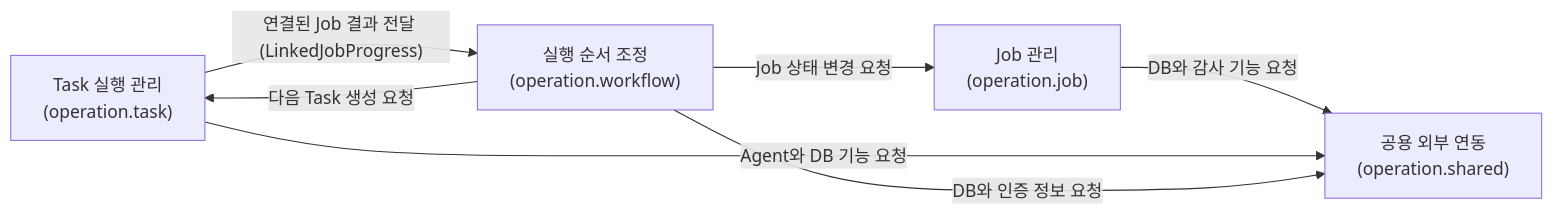
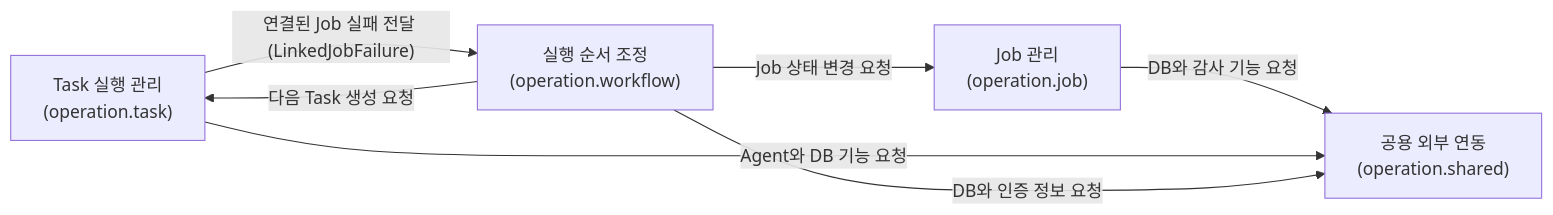
One commit to hsjni0110/db-fleet-ops changed the first of 11 diagrams in docs/diagram/유스케이스별-객체-관계.md. Above: the diagram before and after it, drawn with Mermaid. The commit also changed other lines of this file and 22 other files, not shown here.

Commit message:
refactor: separate job task status responsibilities

````diff
--- a/docs/diagram/유스케이스별-객체-관계.md
+++ b/docs/diagram/유스케이스별-객체-관계.md
@@ -8,14 +8,14 @@
 ```mermaid
 flowchart LR
     JOB["Job 관리<br/>(operation.job)"]
     TASK["Task 실행 관리<br/>(operation.task)"]
     WORKFLOW["실행 순서 조정<br/>(operation.workflow)"]
     SHARED["공용 외부 연동<br/>(operation.shared)"]
 
     WORKFLOW -->|"Job 상태 변경 요청"| JOB
     WORKFLOW -->|"다음 Task 생성 요청"| TASK
-    TASK -->|"연결된 Job 결과 전달 (LinkedJobProgress)"| WORKFLOW
+    TASK -->|"연결된 Job 실패 전달 (LinkedJobFailure)"| WORKFLOW
     JOB -->|"DB와 감사 기능 요청"| SHARED
     TASK -->|"Agent와 DB 기능 요청"| SHARED
     WORKFLOW -->|"DB와 인증 정보 요청"| SHARED
 ```
````
